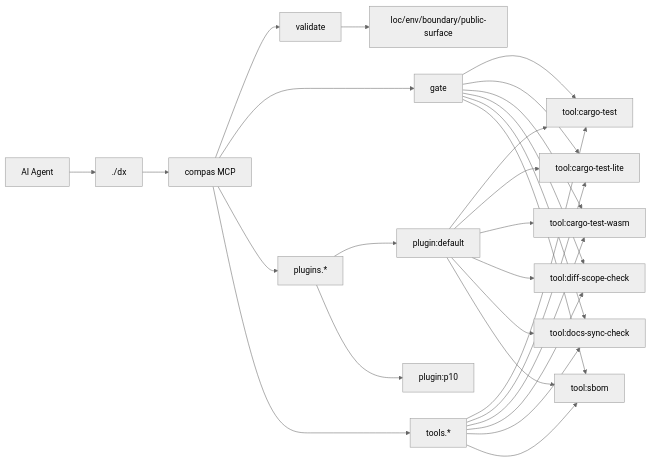
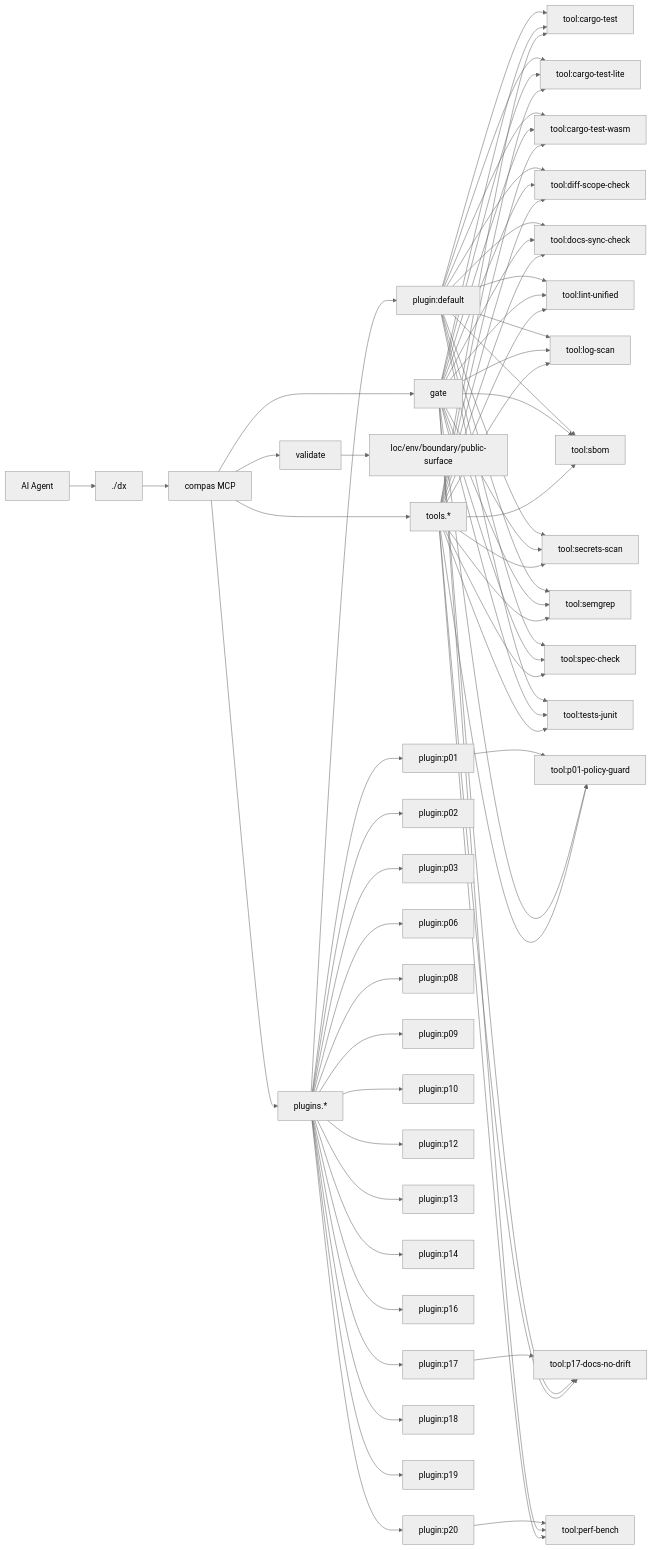
One commit to AmirTlinov/compas changed the diagram in AGENTS.md. Above: the diagram before and after it, drawn with Mermaid (neutral theme). The commit also changed other lines of this file and 2 other files, not shown here.

Commit message:
fix(p10): rebase refresh and compatibility adjustments

````diff
--- a/AGENTS.md
+++ b/AGENTS.md
@@ -53,30 +76,71 @@
 ```mermaid
 flowchart LR
   Agent[AI Agent] --> DX[./dx]
   DX --> MCP[compas MCP]
   MCP --> V[validate]
   MCP --> G[gate]
   MCP --> PL[plugins.*]
   MCP --> TL[tools.*]
   V --> C1[loc/env/boundary/public-surface]
   PL --> P_default["plugin:default"]
   P_default --> T_cargo_test["tool:cargo-test"]
   G --> T_cargo_test
   P_default --> T_cargo_test_lite["tool:cargo-test-lite"]
   G --> T_cargo_test_lite
   P_default --> T_cargo_test_wasm["tool:cargo-test-wasm"]
   G --> T_cargo_test_wasm
   P_default --> T_diff_scope_check["tool:diff-scope-check"]
   G --> T_diff_scope_check
   P_default --> T_docs_sync_check["tool:docs-sync-check"]
   G --> T_docs_sync_check
+  P_default --> T_lint_unified["tool:lint-unified"]
+  G --> T_lint_unified
+  P_default --> T_log_scan["tool:log-scan"]
+  G --> T_log_scan
   P_default --> T_sbom["tool:sbom"]
   G --> T_sbom
+  P_default --> T_secrets_scan["tool:secrets-scan"]
+  G --> T_secrets_scan
+  P_default --> T_semgrep["tool:semgrep"]
+  G --> T_semgrep
+  P_default --> T_spec_check["tool:spec-check"]
+  G --> T_spec_check
+  P_default --> T_tests_junit["tool:tests-junit"]
+  G --> T_tests_junit
+  PL --> P_p01["plugin:p01"]
+  P_p01 --> T_p01_policy_guard["tool:p01-policy-guard"]
+  G --> T_p01_policy_guard
+  PL --> P_p02["plugin:p02"]
+  PL --> P_p03["plugin:p03"]
+  PL --> P_p06["plugin:p06"]
+  PL --> P_p08["plugin:p08"]
+  PL --> P_p09["plugin:p09"]
   PL --> P_p10["plugin:p10"]
+  PL --> P_p12["plugin:p12"]
+  PL --> P_p13["plugin:p13"]
+  PL --> P_p14["plugin:p14"]
+  PL --> P_p16["plugin:p16"]
+  PL --> P_p17["plugin:p17"]
+  P_p17 --> T_p17_docs_no_drift["tool:p17-docs-no-drift"]
+  G --> T_p17_docs_no_drift
+  PL --> P_p18["plugin:p18"]
+  PL --> P_p19["plugin:p19"]
+  PL --> P_p20["plugin:p20"]
+  P_p20 --> T_perf_bench["tool:perf-bench"]
+  G --> T_perf_bench
   TL --> T_cargo_test
   TL --> T_cargo_test_lite
   TL --> T_cargo_test_wasm
   TL --> T_diff_scope_check
   TL --> T_docs_sync_check
+  TL --> T_lint_unified
+  TL --> T_log_scan
+  TL --> T_p01_policy_guard
+  TL --> T_p17_docs_no_drift
+  TL --> T_perf_bench
   TL --> T_sbom
+  TL --> T_secrets_scan
+  TL --> T_semgrep
+  TL --> T_spec_check
+  TL --> T_tests_junit
 ```
````
